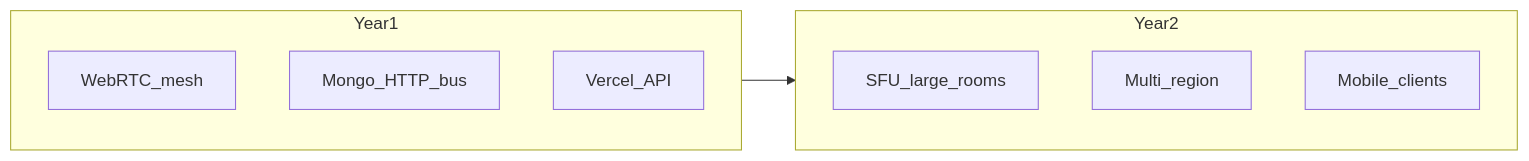
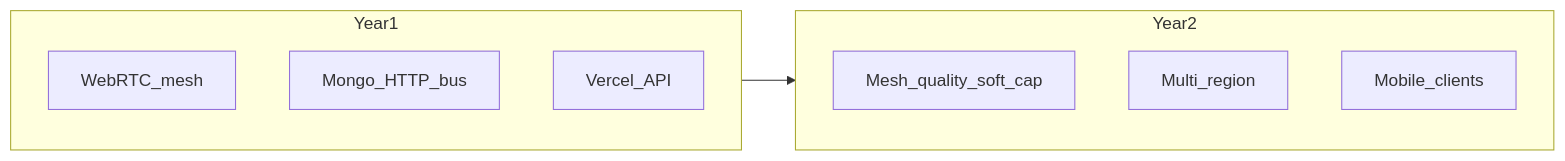
The diagram in ROADMAP.md (SENODROOM/QuantumMeet), drawn with Mermaid before and after one commit. The commit also changed other lines of this file and 26 other files, not shown here.

````diff
--- a/ROADMAP.md
+++ b/ROADMAP.md
@@ -16,14 +16,14 @@
 ```mermaid
 flowchart LR
   subgraph year1 [Year1]
     Mesh[WebRTC_mesh]
     Bus[Mongo_HTTP_bus]
     API[Vercel_API]
   end
   subgraph year2 [Year2]
-    SFU[SFU_large_rooms]
+    Quality[Mesh_quality_soft_cap]
     Region[Multi_region]
     Mobile[Mobile_clients]
   end
   year1 --> year2
 ```
````
